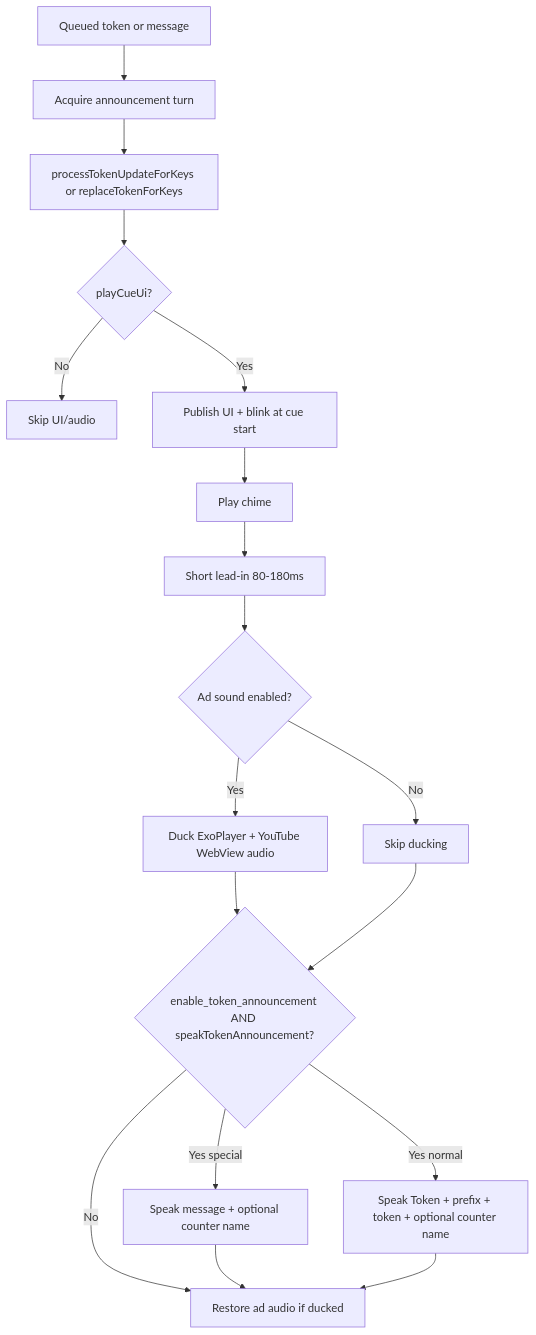
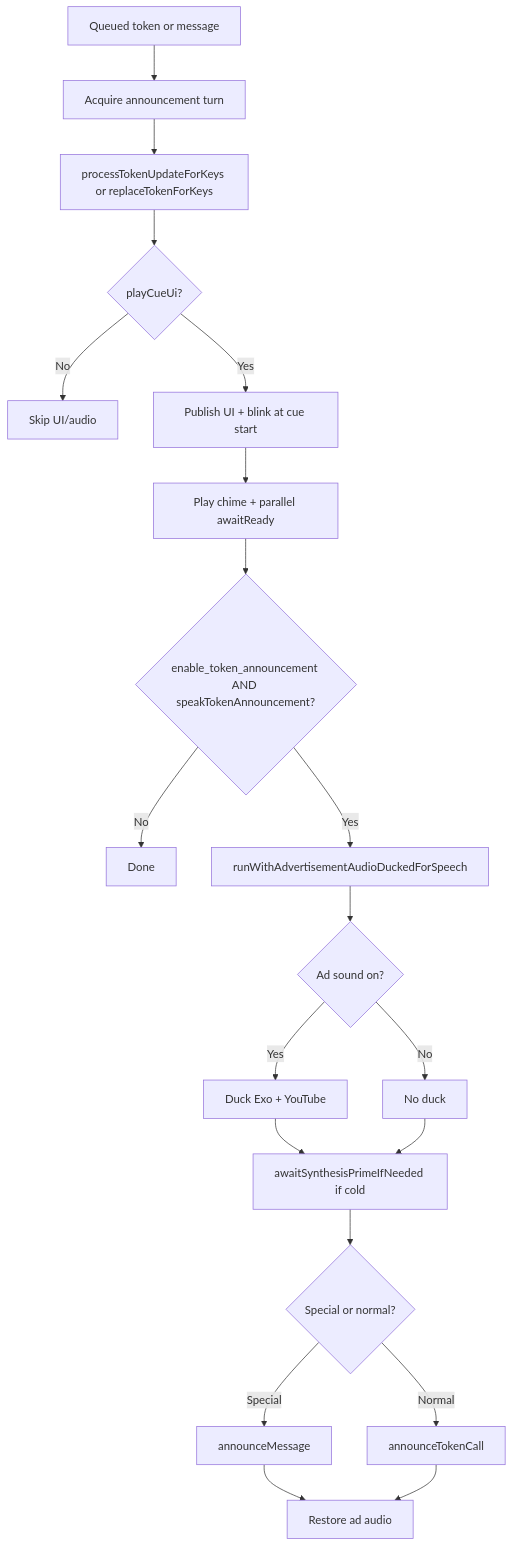
The third of 7 diagrams in docs/SRS_FLOWCHARTS_WIREFRAMES.md (AdhiAdithyan/CallQTV), drawn with Mermaid before and after one commit. The commit also changed 41 other files, not shown here.

````diff
--- a/docs/SRS_FLOWCHARTS_WIREFRAMES.md
+++ b/docs/SRS_FLOWCHARTS_WIREFRAMES.md
@@ -56,20 +56,22 @@
 ```mermaid
 flowchart TD
     A[Queued token or message] --> B[Acquire announcement turn]
     B --> C[processTokenUpdateForKeys or replaceTokenForKeys]
     C --> D{playCueUi?}
     D -->|No| Z[Skip UI/audio]
     D -->|Yes| E[Publish UI + blink at cue start]
-    E --> F[Play chime]
-    F --> F2[Short lead-in 80-180ms]
-    F2 --> G{Ad sound enabled?}
-    G -->|Yes| H[Duck ExoPlayer + YouTube WebView audio]
-    G -->|No| I[Skip ducking]
-    H --> J{enable_token_announcement AND speakTokenAnnouncement?}
-    I --> J
-    J -->|No| K[Restore ad audio if ducked]
-    J -->|Yes special| L[Speak message + optional counter name]
-    J -->|Yes normal| M[Speak Token + prefix + token + optional counter name]
-    L --> K
-    M --> K
+    E --> F[Play chime + parallel awaitReady]
+    F --> G{enable_token_announcement AND speakTokenAnnouncement?}
+    G -->|No| Z2[Done]
+    G -->|Yes| H[runWithAdvertisementAudioDuckedForSpeech]
+    H --> I{Ad sound on?}
+    I -->|Yes| J[Duck Exo + YouTube]
+    I -->|No| K[No duck]
+    J --> L[awaitSynthesisPrimeIfNeeded if cold]
+    K --> L
+    L --> M{Special or normal?}
+    M -->|Special| N[announceMessage]
+    M -->|Normal| O[announceTokenCall]
+    N --> P[Restore ad audio]
+    O --> P
 ```
````
